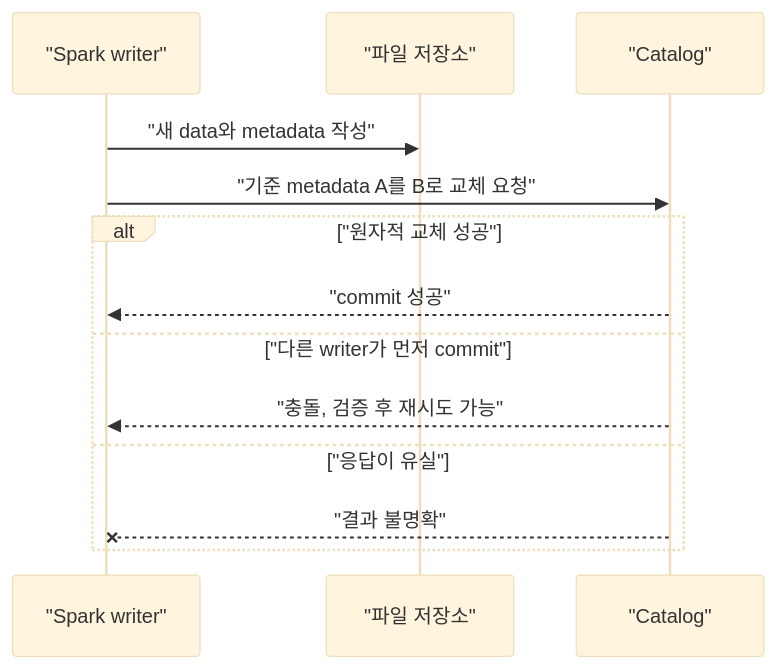
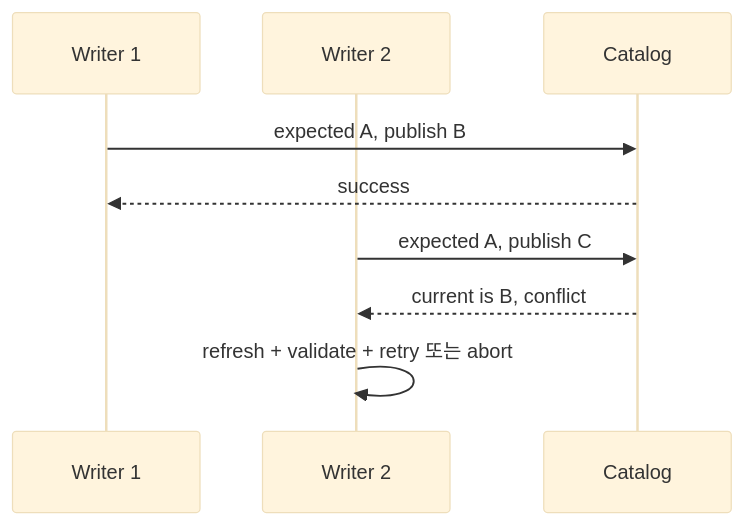
Before and after one commit to mj006648/netai-devsecops-runbook: the second of 2 diagrams in learning/apache-spark/09-iceberg-integration.md, drawn with Mermaid (base theme). The commit also changed other lines of this file and 68 other files, not shown here.

````diff
--- a/learning/apache-spark/09-iceberg-integration.md
+++ b/learning/apache-spark/09-iceberg-integration.md
@@ -259,15 +232,11 @@
-```mermaid
+~~~mermaid
 sequenceDiagram
-    participant W as "Spark writer"
-    participant F as "파일 저장소"
-    participant C as "Catalog"
-    W->>F: "새 data와 metadata 작성"
-    W->>C: "기준 metadata A를 B로 교체 요청"
-    alt "원자적 교체 성공"
-        C-->>W: "commit 성공"
-    else "다른 writer가 먼저 commit"
-        C-->>W: "충돌, 검증 후 재시도 가능"
-    else "응답이 유실"
-        C--xW: "결과 불명확"
-    end
-```
+    participant W1 as Writer 1
+    participant W2 as Writer 2
+    participant C as Catalog
+    W1->>C: expected A, publish B
+    C-->>W1: success
+    W2->>C: expected A, publish C
+    C-->>W2: current is B, conflict
+    W2->>W2: refresh + validate + retry 또는 abort
+~~~
````
